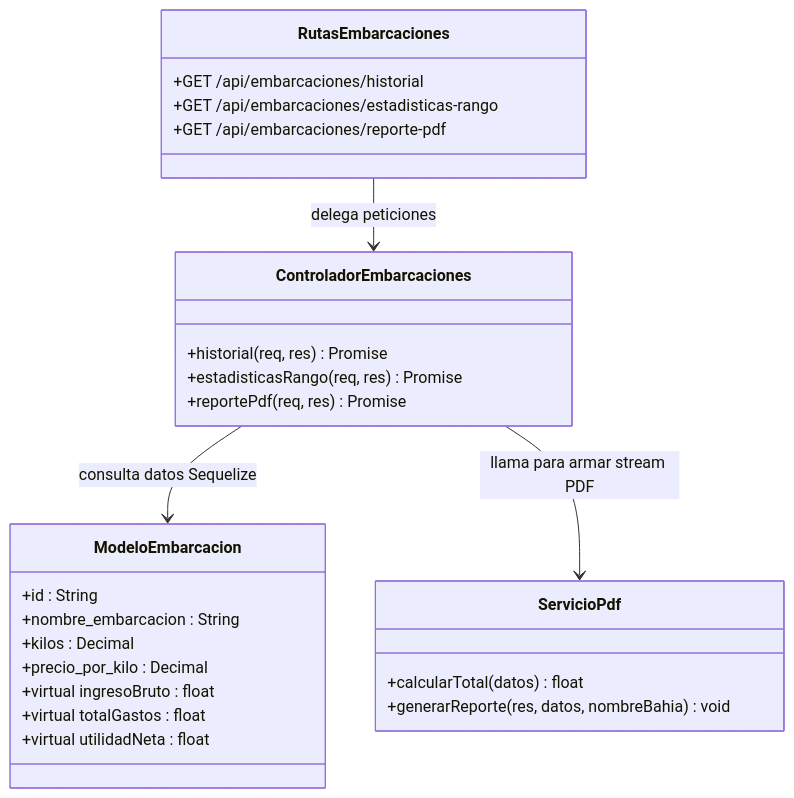
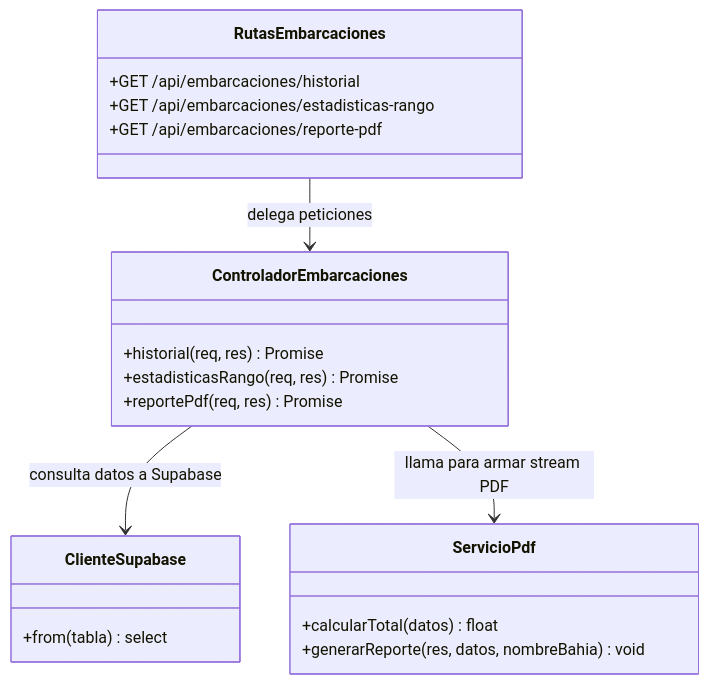
One commit to brismarinatracker-corporation/Brismar changed the second of 2 diagrams in docs/brismar_brain/flujos/FLUJO_03_REPORTE_FINANCIERO.md. Above: the diagram before and after it, drawn with Mermaid. The commit also changed other lines of this file and 46 other files, not shown here.

````diff
--- a/docs/brismar_brain/flujos/FLUJO_03_REPORTE_FINANCIERO.md
+++ b/docs/brismar_brain/flujos/FLUJO_03_REPORTE_FINANCIERO.md
@@ -112,30 +112,24 @@
 ```mermaid
 classDiagram
     class RutasEmbarcaciones {
         +GET /api/embarcaciones/historial
         +GET /api/embarcaciones/estadisticas-rango
         +GET /api/embarcaciones/reporte-pdf
     }
     class ControladorEmbarcaciones {
         +historial(req, res) Promise
         +estadisticasRango(req, res) Promise
         +reportePdf(req, res) Promise
     }
-    class ModeloEmbarcacion {
-        +id : String
-        +nombre_embarcacion : String
-        +kilos : Decimal
-        +precio_por_kilo : Decimal
-        +virtual ingresoBruto : float
-        +virtual totalGastos : float
-        +virtual utilidadNeta : float
+    class ClienteSupabase {
+        +from(tabla) select
     }
     class ServicioPdf {
         +calcularTotal(datos) float
         +generarReporte(res, datos, nombreBahia) void
     }
 
     RutasEmbarcaciones --> ControladorEmbarcaciones : delega peticiones
-    ControladorEmbarcaciones --> ModeloEmbarcacion : consulta datos Sequelize
+    ControladorEmbarcaciones --> ClienteSupabase : consulta datos a Supabase
     ControladorEmbarcaciones --> ServicioPdf : llama para armar stream PDF
 ```
````
